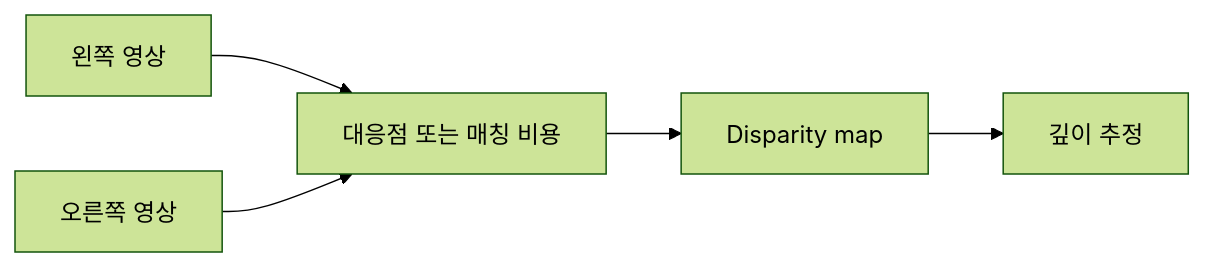
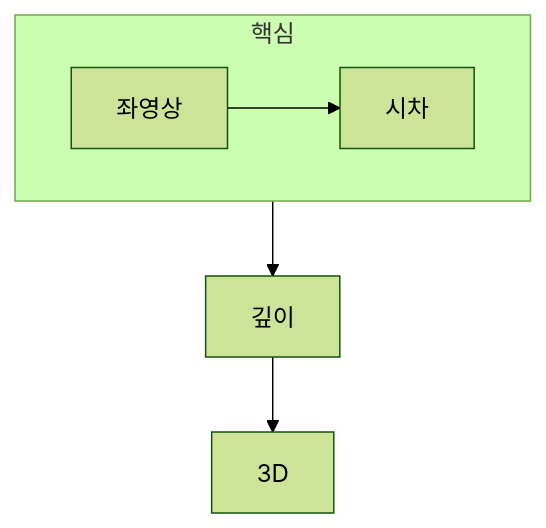
The diagram in ComputerScience/03_ai-ml-data/computer-vision/notes/05. 스테레오 비전과 깊이 추정.md (umyunsang/edu), drawn with Mermaid (forest theme) before and after one commit. The commit also changed other lines of this file and 5 other files, not shown here.

````diff
--- a/ComputerScience/03_ai-ml-data/computer-vision/notes/05. 스테레오 비전과 깊이 추정.md
+++ b/ComputerScience/03_ai-ml-data/computer-vision/notes/05. 스테레오 비전과 깊이 추정.md
@@ -48,7 +21,9 @@
 ```mermaid
-flowchart LR
-    A["왼쪽 영상"] --> C["대응점 또는 매칭 비용"]
-    B["오른쪽 영상"] --> C
-    C --> D["Disparity map"]
-    D --> E["깊이 추정"]
+flowchart TB
+    subgraph Core[핵심]
+        direction LR
+        A[좌영상] --> B[시차]
+    end
+    B --> C[깊이]
+    C --> D[3D]
 ```
````
